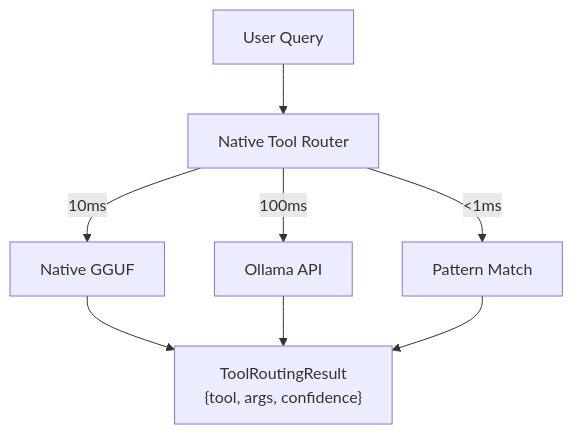
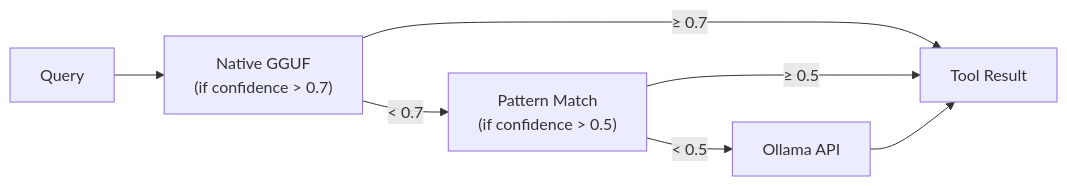
Before and after one commit to Artifact-Virtual/GLADIUS: the fifth of 7 diagrams in MODEL.md, drawn with Mermaid. The commit also changed other lines of this file and 9 other files, not shown here.

````diff
--- a/MODEL.md
+++ b/MODEL.md
@@ -37,11 +342,9 @@
 ```mermaid
-flowchart TD
-    UserQuery["User Query"] --> NativeToolRouter["Native Tool Router"]
-    NativeToolRouter -- "10ms" --> NativeGGUF["Native GGUF"]
-    NativeToolRouter -- "100ms" --> OllamaAPI["Ollama API"]
-    NativeToolRouter -- "&lt;1ms" --> PatternMatch["Pattern Match"]
-    NativeGGUF --> ToolRoutingResult
-    OllamaAPI --> ToolRoutingResult
-    PatternMatch --> ToolRoutingResult
-    ToolRoutingResult["ToolRoutingResult<br/>{tool, args, confidence}"]
+flowchart LR
+    Query["Query"] --> Native["Native GGUF<br/>(if confidence > 0.7)"]
+    Native -->|"< 0.7"| Pattern["Pattern Match<br/>(if confidence > 0.5)"]
+    Pattern -->|"< 0.5"| Ollama["Ollama API"]
+    Native -->|"≥ 0.7"| Result["Tool Result"]
+    Pattern -->|"≥ 0.5"| Result
+    Ollama --> Result
 ```
````
